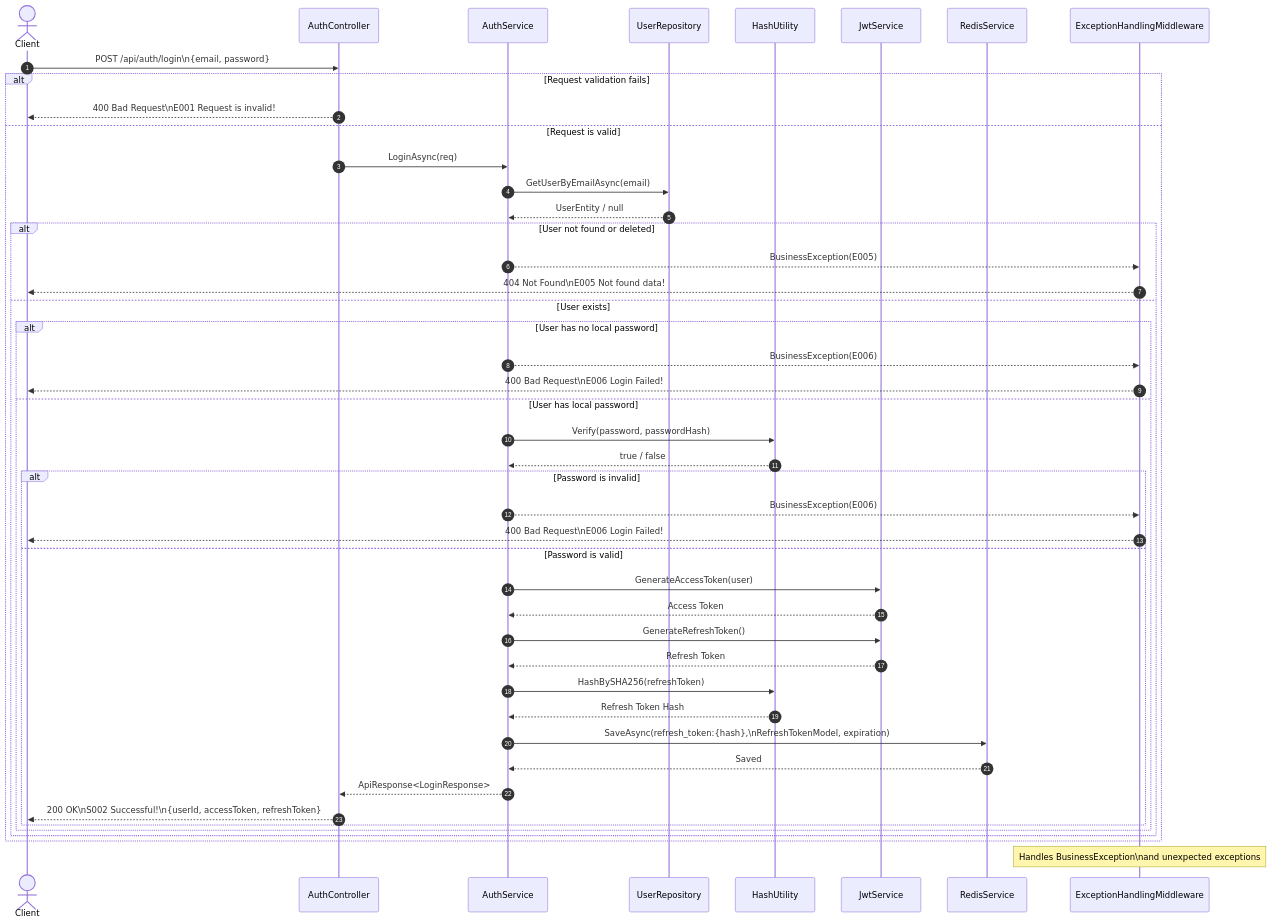
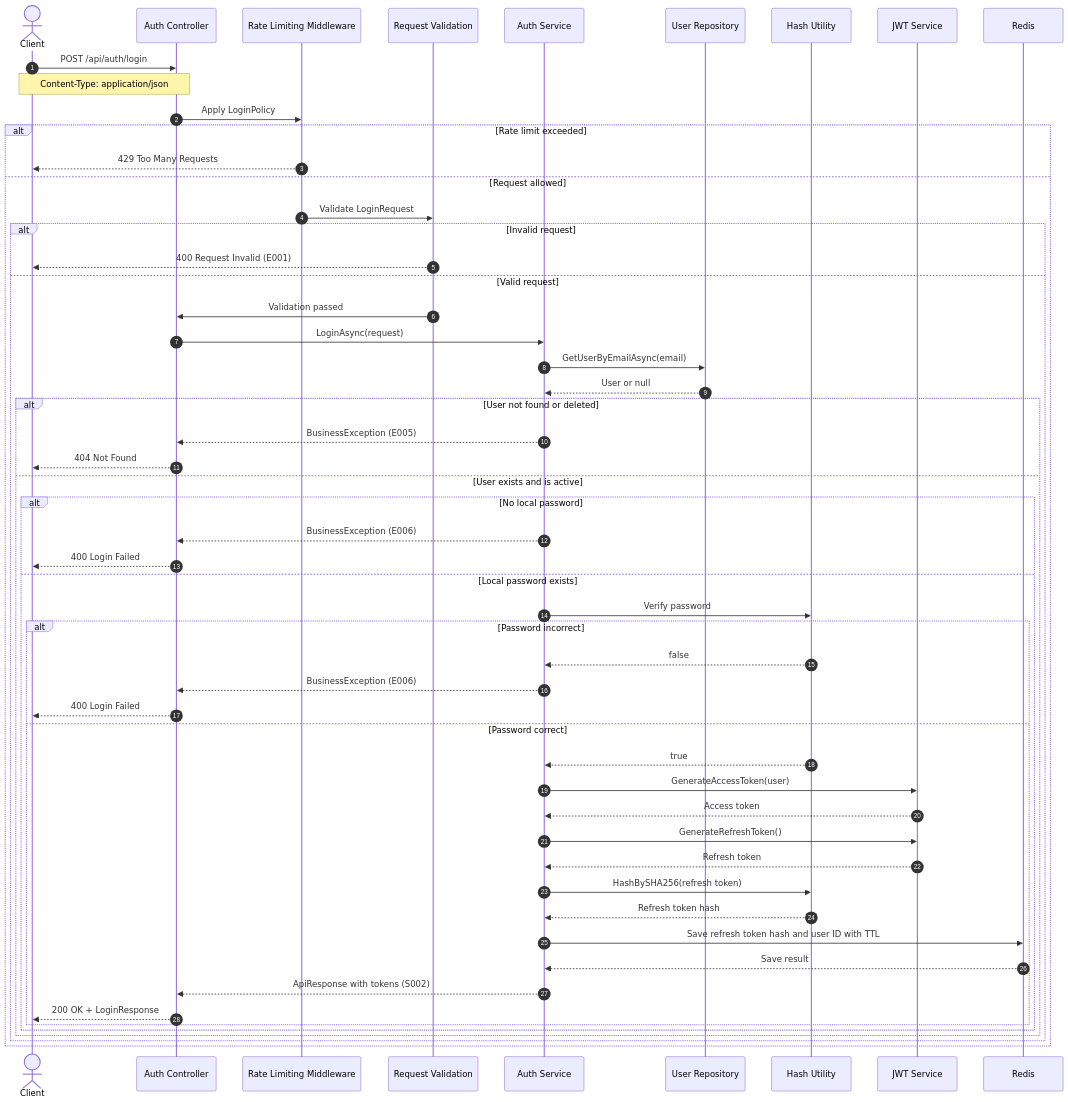
One commit to programmerHoangBao/Book-Shop changed the first of 7 diagrams in API-Description.md. Above: the diagram before and after it, drawn with Mermaid. The commit also changed other lines of this file, not shown here.

Commit message:
Update API-Description for Auth API

````diff
--- a/API-Description.md
+++ b/API-Description.md
@@ -96,59 +154,63 @@
 ```mermaid
 sequenceDiagram
     autonumber
+    actor Client
+    participant Controller as Auth Controller
+    participant RateLimiter as Rate Limiting Middleware
+    participant Validator as Request Validation
+    participant Service as Auth Service
+    participant Repository as User Repository
+    participant Hash as Hash Utility
+    participant JWT as JWT Service
+    participant Redis
 
-    actor Client
-    participant Controller as AuthController
-    participant Service as AuthService
-    participant Repository as UserRepository
-    participant Hash as HashUtility
-    participant JWT as JwtService
-    participant Redis as RedisService
-    participant Middleware as ExceptionHandlingMiddleware
+    Client->>Controller: POST /api/auth/login
+    Note over Client,Controller: Content-Type: application/json
 
-    Client->>Controller: POST /api/auth/login\n{email, password}
+    Controller->>RateLimiter: Apply LoginPolicy
 
-    alt Request validation fails
-        Controller-->>Client: 400 Bad Request\nE001 Request is invalid!
-    else Request is valid
-        Controller->>Service: LoginAsync(req)
+    alt Rate limit exceeded
+        RateLimiter-->>Client: 429 Too Many Requests
+    else Request allowed
+        RateLimiter->>Validator: Validate LoginRequest
 
-        Service->>Repository: GetUserByEmailAsync(email)
-        Repository-->>Service: UserEntity / null
+        alt Invalid request
+            Validator-->>Client: 400 Request Invalid (E001)
+        else Valid request
+            Validator->>Controller: Validation passed
+            Controller->>Service: LoginAsync(request)
+            Service->>Repository: GetUserByEmailAsync(email)
+            Repository-->>Service: User or null
 
-        alt User not found or deleted
-            Service-->>Middleware: BusinessException(E005)
-            Middleware-->>Client: 404 Not Found\nE005 Not found data!
-        else User exists
-            alt User has no local password
-                Service-->>Middleware: BusinessException(E006)
-                Middleware-->>Client: 400 Bad Request\nE006 Login Failed!
-            else User has local password
-                Service->>Hash: Verify(password, passwordHash)
-                Hash-->>Service: true / false
+            alt User not found or deleted
+                Service-->>Controller: BusinessException (E005)
+                Controller-->>Client: 404 Not Found
+            else User exists and is active
+                alt No local password
+                    Service-->>Controller: BusinessException (E006)
+                    Controller-->>Client: 400 Login Failed
+                else Local password exists
+                    Service->>Hash: Verify password
 
-                alt Password is invalid
-                    Service-->>Middleware: BusinessException(E006)
-                    Middleware-->>Client: 400 Bad Request\nE006 Login Failed!
-                else Password is valid
-                    Service->>JWT: GenerateAccessToken(user)
-                    JWT-->>Service: Access Token
-
-                    Service->>JWT: GenerateRefreshToken()
-                    JWT-->>Service: Refresh Token
-
-                    Service->>Hash: HashBySHA256(refreshToken)
-                    Hash-->>Service: Refresh Token Hash
-
-                    Service->>Redis: SaveAsync(refresh_token:{hash},\nRefreshTokenModel, expiration)
-                    Redis-->>Service: Saved
-
-                    Service-->>Controller: ApiResponse<LoginResponse>
-                    Controller-->>Client: 200 OK\nS002 Successful!\n{userId, accessToken, refreshToken}
+                    alt Password incorrect
+                        Hash-->>Service: false
+                        Service-->>Controller: BusinessException (E006)
+                        Controller-->>Client: 400 Login Failed
+                    else Password correct
+                        Hash-->>Service: true
+                        Service->>JWT: GenerateAccessToken(user)
+                        JWT-->>Service: Access token
+                        Service->>JWT: GenerateRefreshToken()
+                        JWT-->>Service: Refresh token
+                        Service->>Hash: HashBySHA256(refresh token)
+                        Hash-->>Service: Refresh token hash
+                        Service->>Redis: Save refresh token hash and user ID with TTL
+                        Redis-->>Service: Save result
+                        Service-->>Controller: ApiResponse with tokens (S002)
+                        Controller-->>Client: 200 OK + LoginResponse
+                    end
                 end
             end
         end
     end
-
-    Note over Middleware: Handles BusinessException\nand unexpected exceptions
 ```
````
